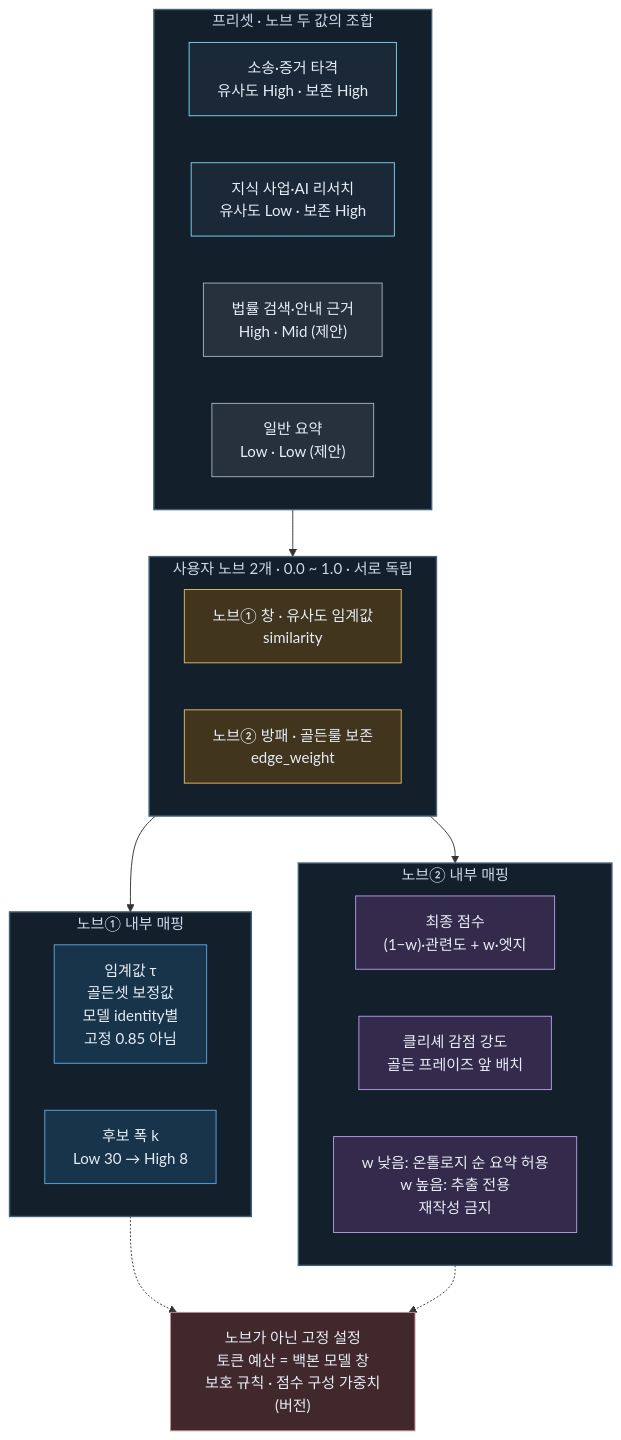
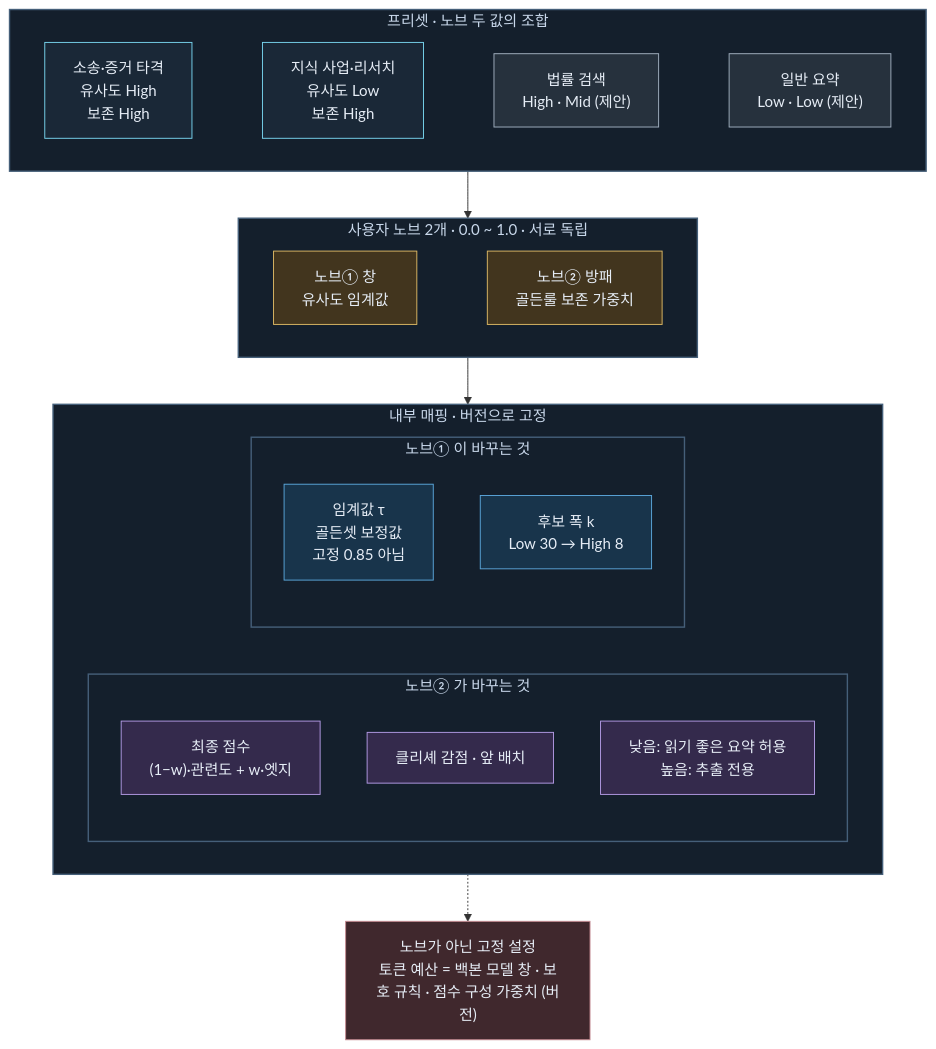
The diagram in docs/diagrams/03-two-knobs.mmd (ai-agent-orchestrator/langchain-rag-research-agent), drawn with Mermaid before and after one commit. The commit also changed 19 other files, not shown here.

First line of the commit message:
docs: add dark-mode Equalizer study guide PDF and refreshed diagrams

```diff
--- a/docs/diagrams/03-two-knobs.mmd
+++ b/docs/diagrams/03-two-knobs.mmd
@@ -1,50 +1,45 @@
 flowchart TB
   subgraph P["프리셋 · 노브 두 값의 조합"]
     direction LR
-    P1["소송·증거 타격<br/>유사도 High · 보존 High"]
-    P2["지식 사업·AI 리서치<br/>유사도 Low · 보존 High"]
-    P3["법률 검색·안내 근거<br/>High · Mid (제안)"]
-    P4["일반 요약<br/>Low · Low (제안)"]
+    P1["소송·증거 타격<br/>유사도 High<br/>보존 High"] ~~~ P2["지식 사업·리서치<br/>유사도 Low<br/>보존 High"] ~~~ P3["법률 검색<br/>High · Mid (제안)"] ~~~ P4["일반 요약<br/>Low · Low (제안)"]
   end
   subgraph K["사용자 노브 2개 · 0.0 ~ 1.0 · 서로 독립"]
     direction LR
-    K1["노브① 창 · 유사도 임계값<br/>similarity"]
-    K2["노브② 방패 · 골든룰 보존<br/>edge_weight"]
+    K1["노브① 창<br/>유사도 임계값"] ~~~ K2["노브② 방패<br/>골든룰 보존 가중치"]
   end
-  subgraph M1G["노브① 내부 매핑"]
+  subgraph MAP["내부 매핑 · 버전으로 고정"]
     direction LR
-    M1["임계값 τ<br/>골든셋 보정값<br/>모델 identity별<br/>고정 0.85 아님"]
-    M2["후보 폭 k<br/>Low 30 → High 8"]
+    subgraph MB["노브② 가 바꾸는 것"]
+      direction TB
+      M3["최종 점수<br/>(1−w)·관련도 + w·엣지"]
+      M4["클리셰 감점 · 앞 배치"]
+      M5["낮음: 읽기 좋은 요약 허용<br/>높음: 추출 전용"]
+    end
+    subgraph MA["노브① 이 바꾸는 것"]
+      direction TB
+      M1["임계값 τ<br/>골든셋 보정값<br/>고정 0.85 아님"]
+      M2["후보 폭 k<br/>Low 30 → High 8"]
+    end
   end
-  subgraph M2G["노브② 내부 매핑"]
-    direction LR
-    M3["최종 점수<br/>(1−w)·관련도 + w·엣지"]
-    M4["클리셰 감점 강도<br/>골든 프레이즈 앞 배치"]
-    M5["w 낮음: 온톨로지 순 요약 허용<br/>w 높음: 추출 전용<br/>재작성 금지"]
-  end
-  P --> K
-  K1 --> M1G
-  K2 --> M2G
-  FIX["노브가 아닌 고정 설정<br/>토큰 예산 = 백본 모델 창<br/>보호 규칙 · 점수 구성 가중치(버전)"]
-  M1G -.-> FIX
-  M2G -.-> FIX
+  FIX["노브가 아닌 고정 설정<br/>토큰 예산 = 백본 모델 창 · 보호 규칙 · 점수 구성 가중치 (버전)"]
+  P --> K --> MAP -.-> FIX
   classDef strategy fill:#173b3e,stroke:#66cfc8,color:#e6edf6;
   classDef architecture fill:#342a4c,stroke:#b39ae5,color:#e6edf6;
   classDef engineering fill:#18344b,stroke:#5ba7db,color:#e6edf6;
   classDef python fill:#26313d,stroke:#a1afbf,color:#e6edf6;
-  classDef java fill:#1f3320,stroke:#8fcf86,color:#e6edf6;
   classDef guard fill:#263c17,stroke:#91cc45,stroke-width:3px,color:#e6edf6;
   classDef worker fill:#4b2b22,stroke:#d39a6a,stroke-width:3px,color:#e6edf6;
   classDef control fill:#42351e,stroke:#ddb965,color:#e6edf6;
   classDef result fill:#1a2837,stroke:#78d5ef,color:#e6edf6;
   classDef stop fill:#40282d,stroke:#c58b92,color:#e6edf6;
   class K1,K2 control;
   class M1,M2 engineering;
   class M3,M4,M5 architecture;
   class P1,P2 result;
   class P3,P4 python;
   class FIX stop;
   style P fill:#141f2c,stroke:#455f79,stroke-width:1.5px,color:#c9d8eb
   style K fill:#141f2c,stroke:#455f79,stroke-width:1.5px,color:#c9d8eb
-  style M1G fill:#141f2c,stroke:#455f79,stroke-width:1.5px,color:#c9d8eb
-  style M2G fill:#141f2c,stroke:#455f79,stroke-width:1.5px,color:#c9d8eb
+  style MAP fill:#141f2c,stroke:#455f79,stroke-width:1.5px,color:#c9d8eb
+  style MA fill:#141f2c,stroke:#455f79,stroke-width:1.5px,color:#c9d8eb
+  style MB fill:#141f2c,stroke:#455f79,stroke-width:1.5px,color:#c9d8eb
```
